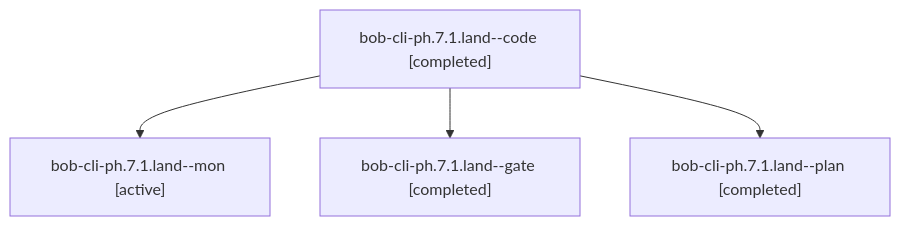
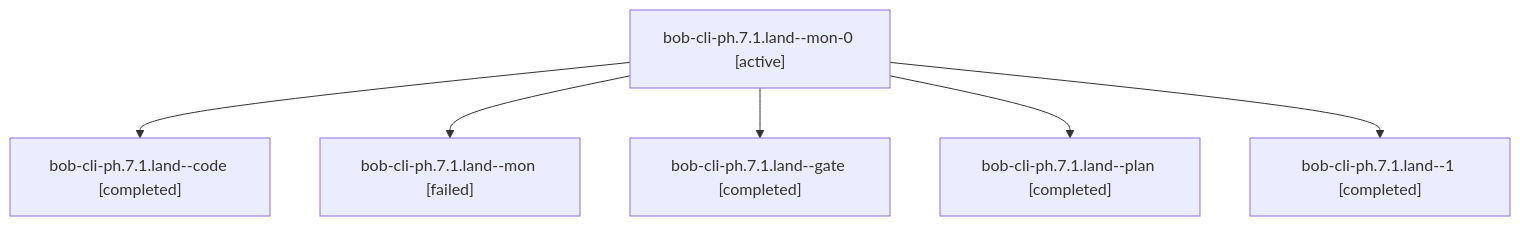
One commit to bobs-org/bob-cli--agents changed the diagram in sessions/bbugyi200.apollo.bob-cli-ph.7.1.land.md. Above: the diagram before and after it, drawn with Mermaid. The commit also changed other lines of this file and 1643 other files, not shown here.

````diff
--- a/sessions/bbugyi200.apollo.bob-cli-ph.7.1.land.md
+++ b/sessions/bbugyi200.apollo.bob-cli-ph.7.1.land.md
@@ -9,10 +9,14 @@
 ```mermaid
 flowchart TD
-  n0["bob-cli-ph.7.1.land--code [completed]"]
-  n1["bob-cli-ph.7.1.land--mon [active]"]
+  n0["bob-cli-ph.7.1.land--mon-0 [active]"]
+  n1["bob-cli-ph.7.1.land--code [completed]"]
   n0 --> n1
-  n2["bob-cli-ph.7.1.land--gate [completed]"]
+  n2["bob-cli-ph.7.1.land--mon [failed]"]
   n0 --> n2
-  n3["bob-cli-ph.7.1.land--plan [completed]"]
+  n3["bob-cli-ph.7.1.land--gate [completed]"]
   n0 --> n3
+  n4["bob-cli-ph.7.1.land--plan [completed]"]
+  n0 --> n4
+  n5["bob-cli-ph.7.1.land--1 [completed]"]
+  n0 --> n5
 ```
````
